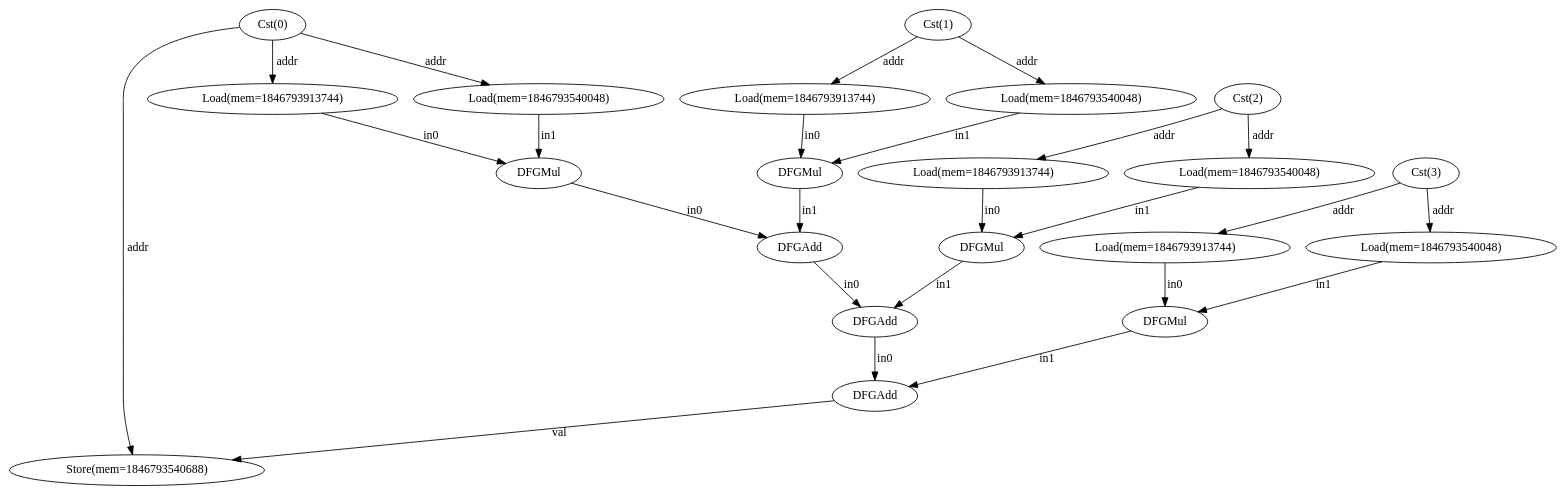
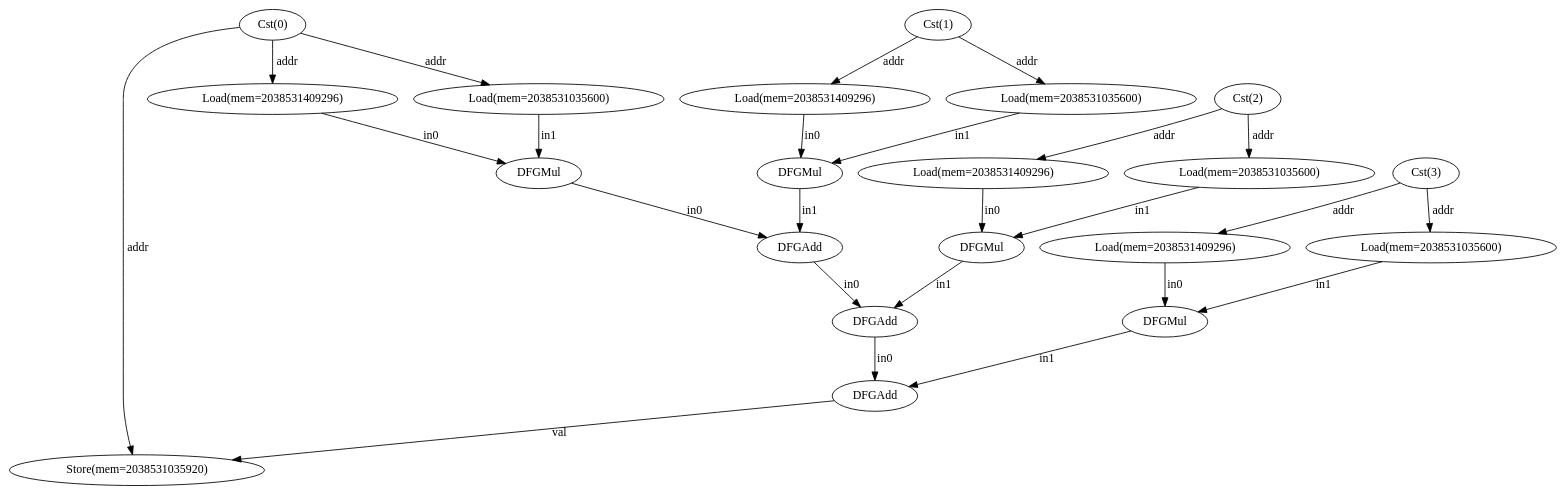
Before and after one commit to ma-carrillo/High-level-synthesis-assignment: the diagram in test02/dfg.dot, drawn with Graphviz. The commit also changed 26 other files, not shown here.

```diff
--- a/test02/dfg.dot
+++ b/test02/dfg.dot
@@ -1,46 +1,46 @@
 digraph "dfg" {
   n0 [label="Cst(0)"];
-  n1 [label="Load(mem=1846793913744)"];
-  n2 [label="Load(mem=1846793540048)"];
+  n1 [label="Load(mem=2038531409296)"];
+  n2 [label="Load(mem=2038531035600)"];
   n3 [label="DFGMul"];
   n4 [label="Cst(1)"];
-  n5 [label="Load(mem=1846793913744)"];
-  n6 [label="Load(mem=1846793540048)"];
+  n5 [label="Load(mem=2038531409296)"];
+  n6 [label="Load(mem=2038531035600)"];
   n7 [label="DFGMul"];
   n8 [label="DFGAdd"];
   n9 [label="Cst(2)"];
-  n10 [label="Load(mem=1846793913744)"];
-  n11 [label="Load(mem=1846793540048)"];
+  n10 [label="Load(mem=2038531409296)"];
+  n11 [label="Load(mem=2038531035600)"];
   n12 [label="DFGMul"];
   n13 [label="DFGAdd"];
   n14 [label="Cst(3)"];
-  n15 [label="Load(mem=1846793913744)"];
-  n16 [label="Load(mem=1846793540048)"];
+  n15 [label="Load(mem=2038531409296)"];
+  n16 [label="Load(mem=2038531035600)"];
   n17 [label="DFGMul"];
   n18 [label="DFGAdd"];
-  n19 [label="Store(mem=1846793540688)"];
+  n19 [label="Store(mem=2038531035920)"];
   n0 -> n1 [label="addr"];
   n0 -> n2 [label="addr"];
   n0 -> n19 [label="addr"];
   n1 -> n3 [label="in0"];
   n2 -> n3 [label="in1"];
   n3 -> n8 [label="in0"];
   n4 -> n5 [label="addr"];
   n4 -> n6 [label="addr"];
   n5 -> n7 [label="in0"];
   n6 -> n7 [label="in1"];
   n7 -> n8 [label="in1"];
   n8 -> n13 [label="in0"];
   n9 -> n10 [label="addr"];
   n9 -> n11 [label="addr"];
   n10 -> n12 [label="in0"];
   n11 -> n12 [label="in1"];
   n12 -> n13 [label="in1"];
   n13 -> n18 [label="in0"];
   n14 -> n15 [label="addr"];
   n14 -> n16 [label="addr"];
   n15 -> n17 [label="in0"];
   n16 -> n17 [label="in1"];
   n17 -> n18 [label="in1"];
   n18 -> n19 [label="val"];
 }
```
